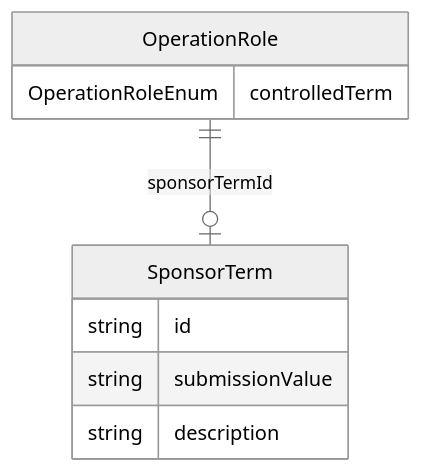
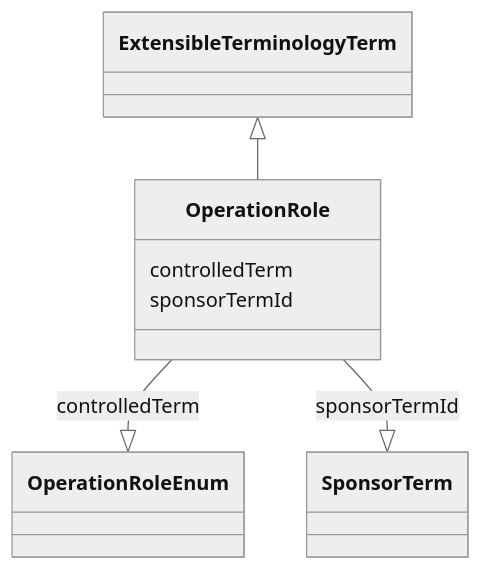
Before and after one commit to cdisc-org/analysis-results-standard: the diagram in project/docs/OperationRole.md, drawn with Mermaid (neutral theme). The commit also changed 256 other files, not shown here.

Commit message:
Documentation diagrams

````diff
--- a/project/docs/OperationRole.md
+++ b/project/docs/OperationRole.md
@@ -13,14 +15,15 @@
 ```mermaid
-erDiagram
-OperationRole {
-    OperationRoleEnum controlledTerm  
-}
-SponsorTerm {
-    string id  
-    string submissionValue  
-    string description  
-}
-
-OperationRole ||--|o SponsorTerm : "sponsorTermId"
-
+ classDiagram
+    class OperationRole
+      ExtensibleTerminologyTerm <|-- OperationRole
+      
+      OperationRole : controlledTerm
+        
+          OperationRole --|> OperationRoleEnum : controlledTerm
+        
+      OperationRole : sponsorTermId
+        
+          OperationRole --|> SponsorTerm : sponsorTermId
+        
+      
 ```
````
